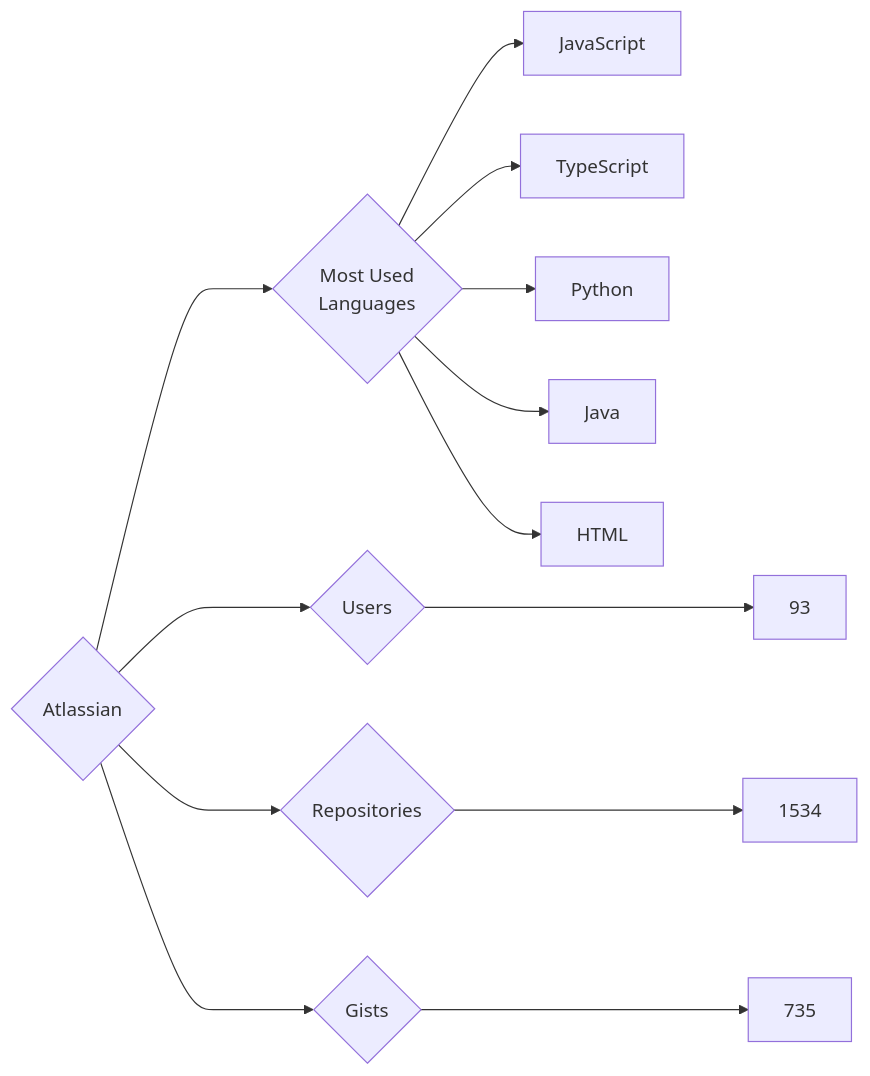
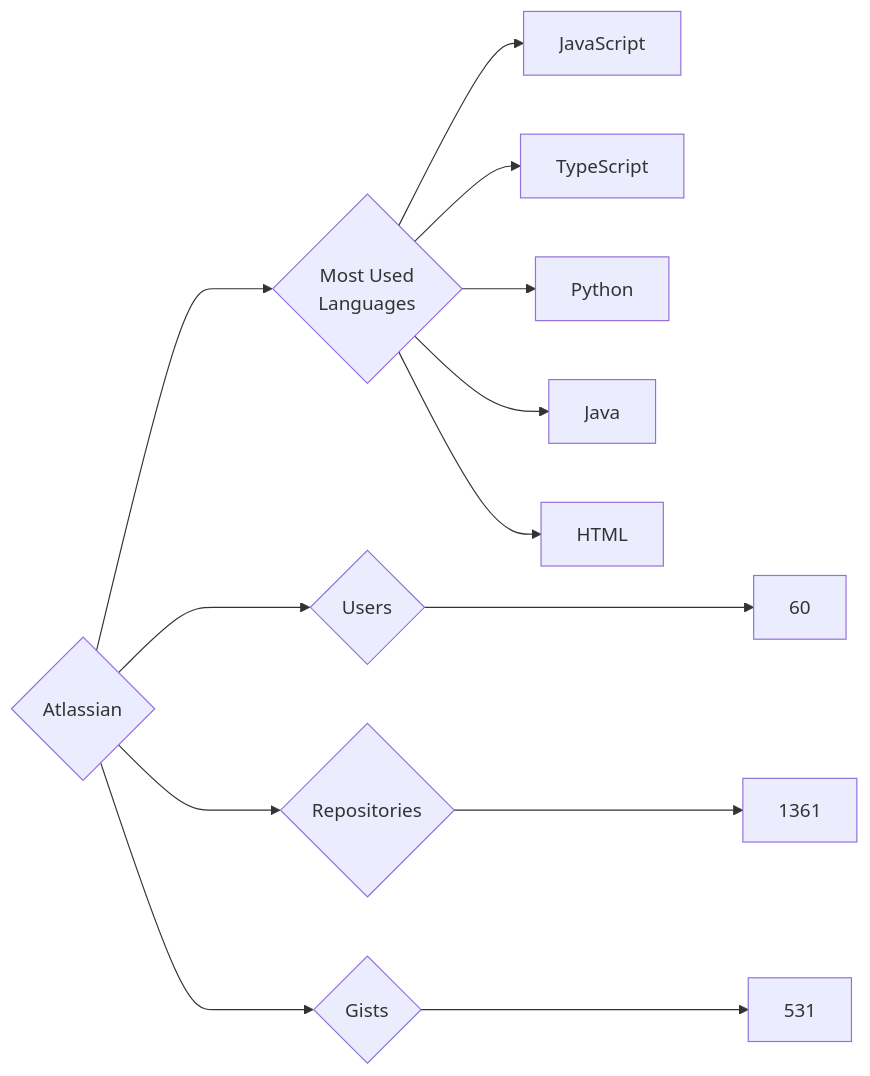
One commit to trickest/insiders changed the diagram in targets/Atlassian/README.md. Above: the diagram before and after it, drawn with Mermaid. The commit also changed 750 other files, not shown here.

````diff
--- a/targets/Atlassian/README.md
+++ b/targets/Atlassian/README.md
@@ -3,13 +3,13 @@
 ```mermaid
 graph LR
 COMPANY_NAME{Atlassian}
-COMPANY_NAME ---> U{Users} ---> UN[93]
-COMPANY_NAME ---> R{Repositories} ---> RN[1534]
-COMPANY_NAME ---> G{Gists} ---> GN[735]
+COMPANY_NAME ---> U{Users} ---> UN[60]
+COMPANY_NAME ---> R{Repositories} ---> RN[1361]
+COMPANY_NAME ---> G{Gists} ---> GN[531]
 COMPANY_NAME ---> ML{Most Used<br>Languages}
 ML --> JavaScript[JavaScript]
 ML --> TypeScript[TypeScript]
 ML --> Python[Python]
 ML --> Java[Java]
 ML --> HTML[HTML]
 ```
````
